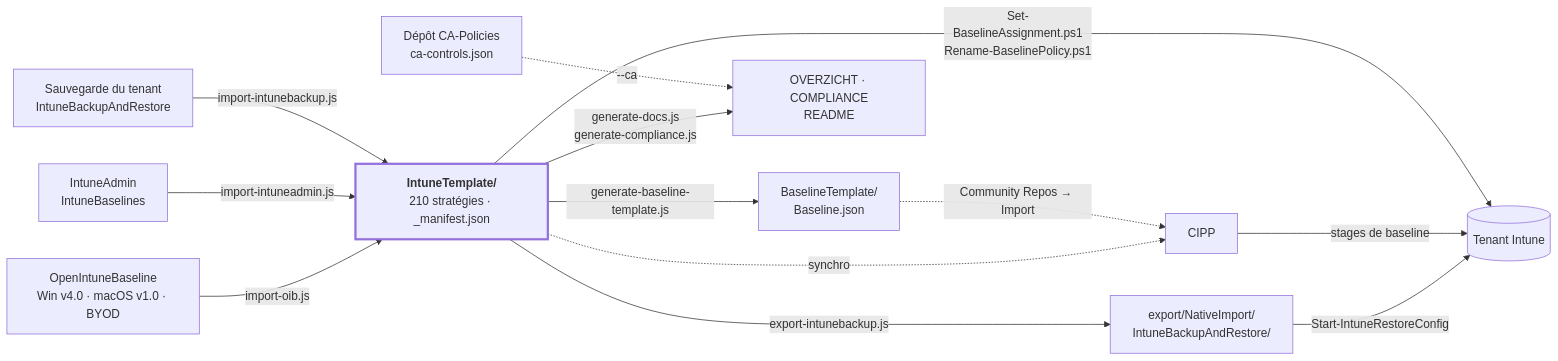
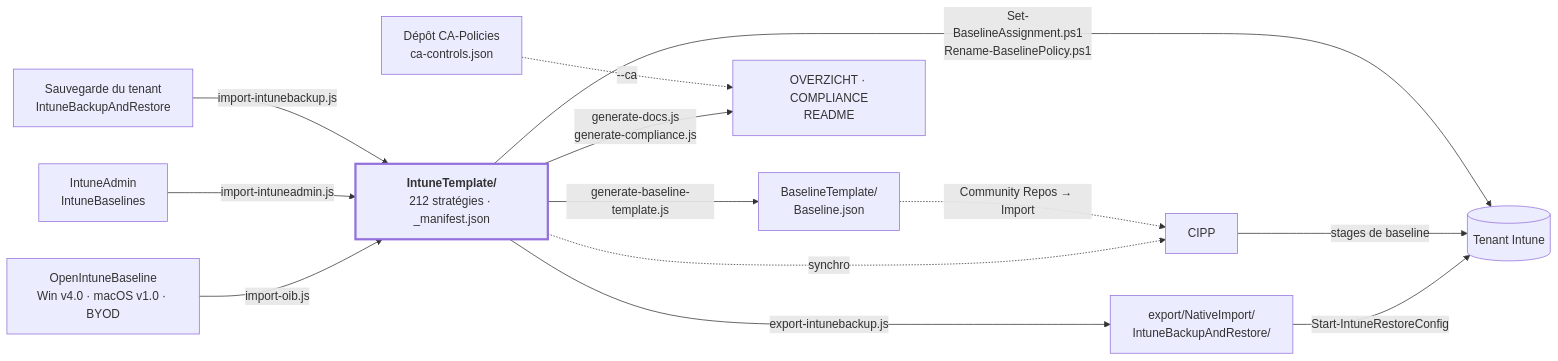
Before and after one commit to sjkanon/IntuneBackup: the diagram in docs/STRUCTUUR.fr.md, drawn with Mermaid. The commit also changed other lines of this file and 38 other files, not shown here.

````diff
--- a/docs/STRUCTUUR.fr.md
+++ b/docs/STRUCTUUR.fr.md
@@ -24,21 +24,21 @@
 ```mermaid
 flowchart LR
   OIB["OpenIntuneBaseline<br/>Win v4.0 · macOS v1.0 · BYOD"] -->|import-oib.js| T
   IA["IntuneAdmin<br/>IntuneBaselines"] -->|import-intuneadmin.js| T
   BK["Sauvegarde du tenant<br/>IntuneBackupAndRestore"] -->|import-intunebackup.js| T
 
-  T["<b>IntuneTemplate/</b><br/>210 stratégies · _manifest.json"]
+  T["<b>IntuneTemplate/</b><br/>212 stratégies · _manifest.json"]
 
   T -->|export-intunebackup.js| EX["export/NativeImport/<br/>IntuneBackupAndRestore/"]
   T -->|generate-baseline-template.js| BT["BaselineTemplate/<br/>Baseline.json"]
   T -->|generate-docs.js<br/>generate-compliance.js| DOC["OVERZICHT · COMPLIANCE<br/>README"]
   CA["Dépôt CA-Policies<br/>ca-controls.json"] -.->|--ca| DOC
 
   T -.->|synchro| CIPP["CIPP"]
   BT -.->|Community Repos → Import| CIPP
   EX -->|Start-IntuneRestoreConfig| TEN[("Tenant Intune")]
   CIPP -->|stages de baseline| TEN
   T -->|Set-BaselineAssignment.ps1<br/>Rename-BaselinePolicy.ps1| TEN
 
   style T stroke-width:3px
 ```
````
